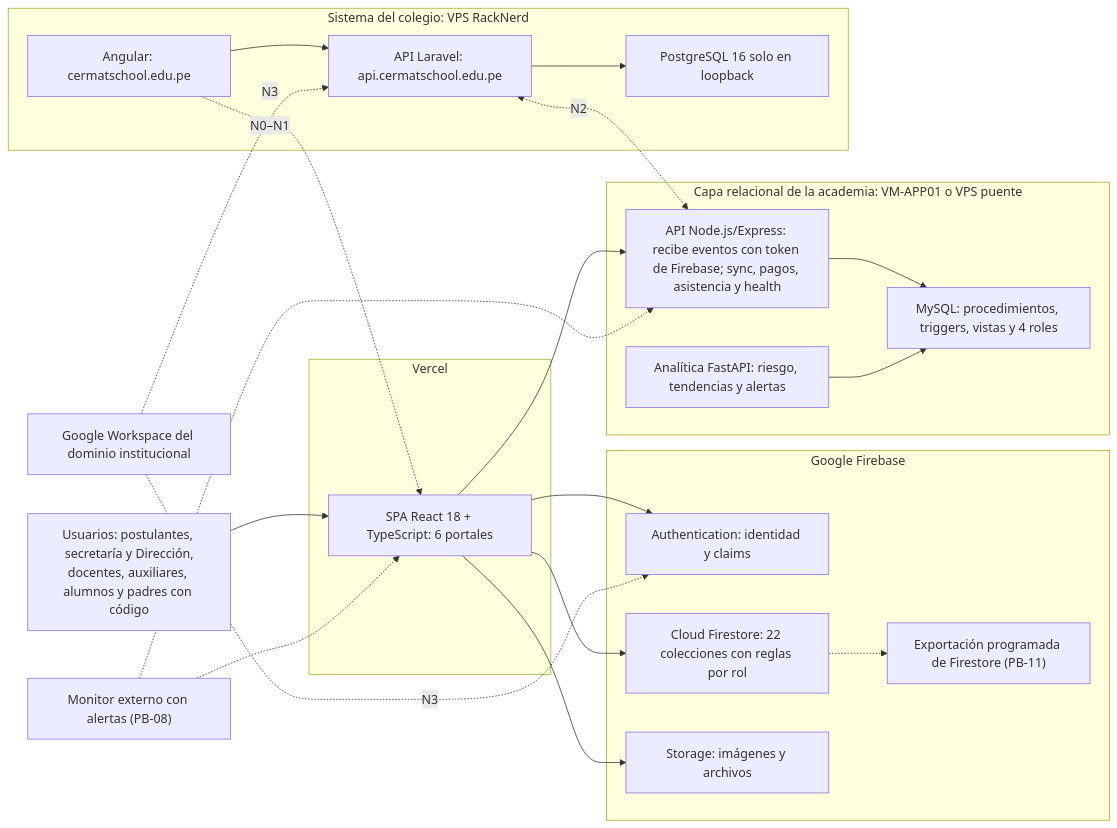
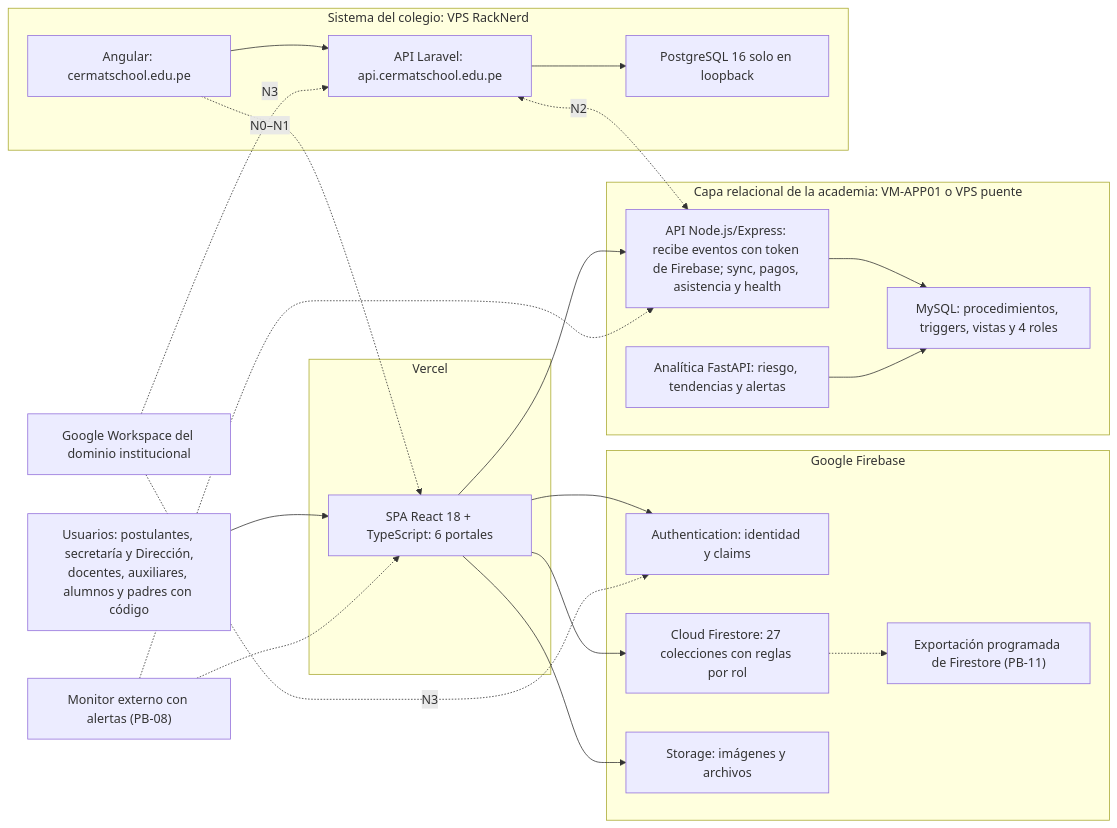
One commit to yucradavid/Perfil-de-egreso-Plataforma-Web-Integral-CERMAT changed the first of 3 diagrams in docs/gestion-ti/e5-propuesta-solucion-tic-ce0141.md. Above: the diagram before and after it, drawn with Mermaid. The commit also changed other lines of this file and 27 other files, not shown here.

````diff
--- a/docs/gestion-ti/e5-propuesta-solucion-tic-ce0141.md
+++ b/docs/gestion-ti/e5-propuesta-solucion-tic-ce0141.md
@@ -31,40 +31,40 @@
 ```mermaid
 flowchart LR
   USR["Usuarios: postulantes, secretaría y Dirección,<br/>docentes, auxiliares, alumnos y padres con código"]
   subgraph VER["Vercel"]
     SPA["SPA React 18 + TypeScript: 6 portales"]
   end
   subgraph FB["Google Firebase"]
     AUTH["Authentication: identidad y claims"]
-    FS["Cloud Firestore: 22 colecciones con reglas por rol"]
+    FS["Cloud Firestore: 27 colecciones con reglas por rol"]
     ST["Storage: imágenes y archivos"]
     BK["Exportación programada de Firestore (PB-11)"]
   end
   subgraph REL["Capa relacional de la academia: VM-APP01 o VPS puente"]
     API["API Node.js/Express: recibe eventos con token de Firebase; sync, pagos, asistencia y health"]
     DB["MySQL: procedimientos, triggers, vistas y 4 roles"]
     AN["Analítica FastAPI: riesgo, tendencias y alertas"]
   end
   subgraph COL["Sistema del colegio: VPS RackNerd"]
     WEB["Angular: cermatschool.edu.pe"]
     LAR["API Laravel: api.cermatschool.edu.pe"]
     PG["PostgreSQL 16 solo en loopback"]
   end
   GWS["Google Workspace del dominio institucional"]
   MON["Monitor externo con alertas (PB-08)"]
   USR --> SPA
   SPA --> AUTH
   SPA --> FS
   SPA --> ST
   SPA --> API
   API --> DB
   AN --> DB
   WEB --> LAR --> PG
   FS -.-> BK
   WEB -. "N0–N1" .-> SPA
   LAR <-.->|"N2"| API
   GWS -. "N3" .-> AUTH
   GWS -. "N3" .-> LAR
   MON -.-> SPA
   MON -.-> API
 ```
````
